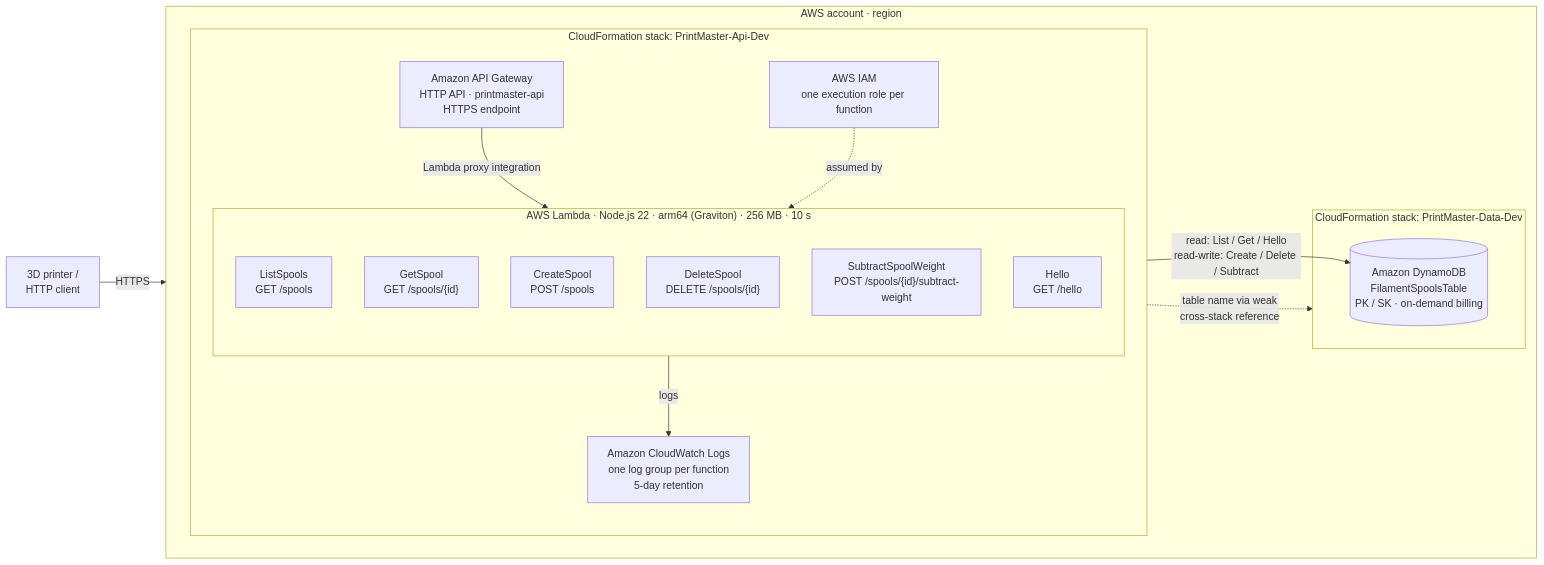
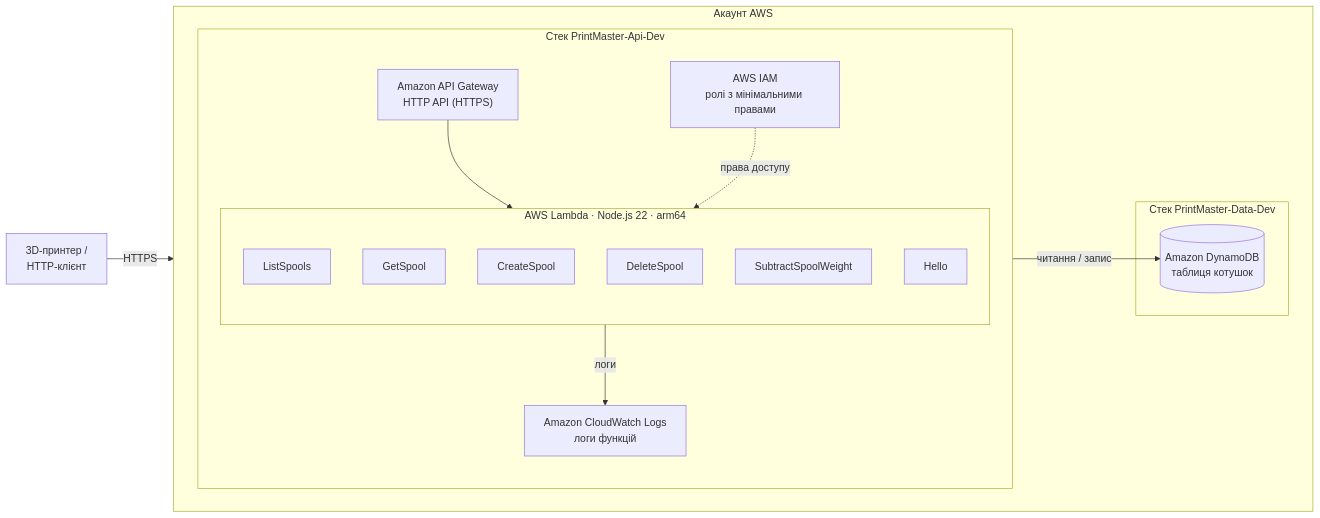
One commit to Dmytrych/printmaster changed the first of 2 diagrams in README.md. Above: the diagram before and after it, drawn with Mermaid. The commit also changed other lines of this file, not shown here.

````diff
--- a/README.md
+++ b/README.md
@@ -252,37 +64,36 @@
 ```mermaid
 flowchart LR
-    client["3D printer /<br/>HTTP client"]
+    client["3D-принтер /<br/>HTTP-клієнт"]
 
-    subgraph aws["AWS account · region"]
+    subgraph aws["Акаунт AWS"]
         direction LR
 
-        subgraph apiStack["CloudFormation stack: PrintMaster-Api-Dev"]
+        subgraph apiStack["Стек PrintMaster-Api-Dev"]
             direction TB
-            apigw["Amazon API Gateway<br/>HTTP API · printmaster-api<br/>HTTPS endpoint"]
+            apigw["Amazon API Gateway<br/>HTTP API (HTTPS)"]
 
-            subgraph fns["AWS Lambda · Node.js 22 · arm64 (Graviton) · 256 MB · 10 s"]
+            subgraph fns["AWS Lambda · Node.js 22 · arm64"]
                 direction TB
-                f1["ListSpools<br/>GET /spools"]
-                f2["GetSpool<br/>GET /spools/{id}"]
-                f3["CreateSpool<br/>POST /spools"]
-                f4["DeleteSpool<br/>DELETE /spools/{id}"]
-                f5["SubtractSpoolWeight<br/>POST /spools/{id}/subtract-weight"]
-                f6["Hello<br/>GET /hello"]
+                f1["ListSpools"]
+                f2["GetSpool"]
+                f3["CreateSpool"]
+                f4["DeleteSpool"]
+                f5["SubtractSpoolWeight"]
+                f6["Hello"]
             end
 
-            iam["AWS IAM<br/>one execution role per function"]
-            cw["Amazon CloudWatch Logs<br/>one log group per function<br/>5-day retention"]
+            iam["AWS IAM<br/>ролі з мінімальними правами"]
+            cw["Amazon CloudWatch Logs<br/>логи функцій"]
         end
 
-        subgraph dataStack["CloudFormation stack: PrintMaster-Data-Dev"]
-            ddb[("Amazon DynamoDB<br/>FilamentSpoolsTable<br/>PK / SK · on-demand billing")]
+        subgraph dataStack["Стек PrintMaster-Data-Dev"]
+            ddb[("Amazon DynamoDB<br/>таблиця котушок")]
         end
     end
 
     client -- HTTPS --> apigw
-    apigw -- "Lambda proxy integration" --> fns
-    fns -- "read: List / Get / Hello<br/>read-write: Create / Delete / Subtract" --> ddb
-    fns -- logs --> cw
-    iam -. "assumed by" .-> fns
-    apiStack -. "table name via weak<br/>cross-stack reference" .-> dataStack
+    apigw --> fns
+    fns -- "читання / запис" --> ddb
+    fns -- логи --> cw
+    iam -. "права доступу" .-> fns
 ```
````
